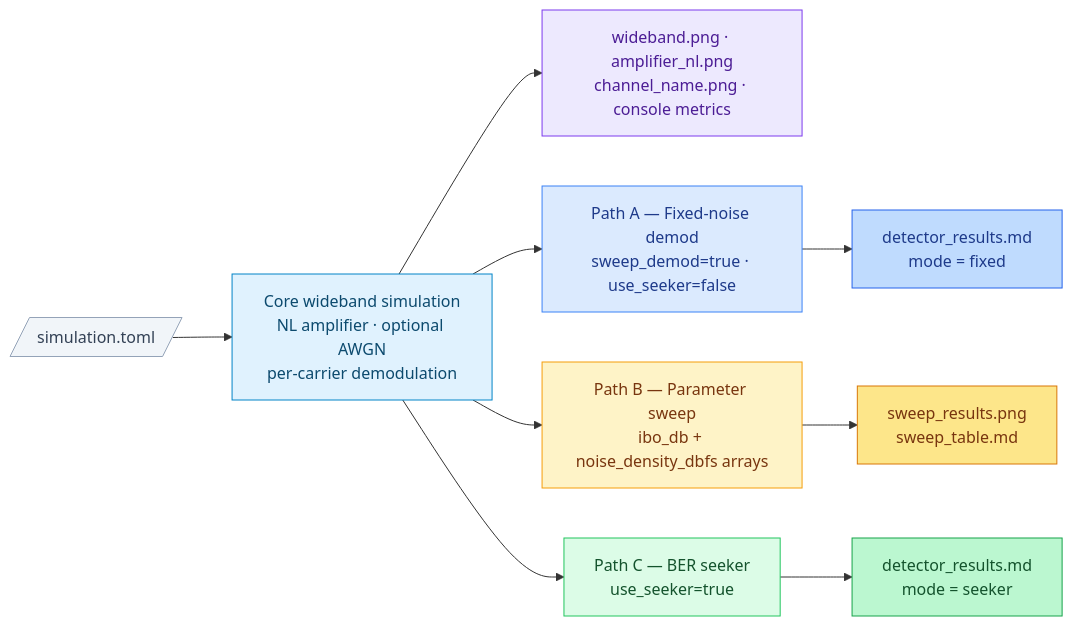
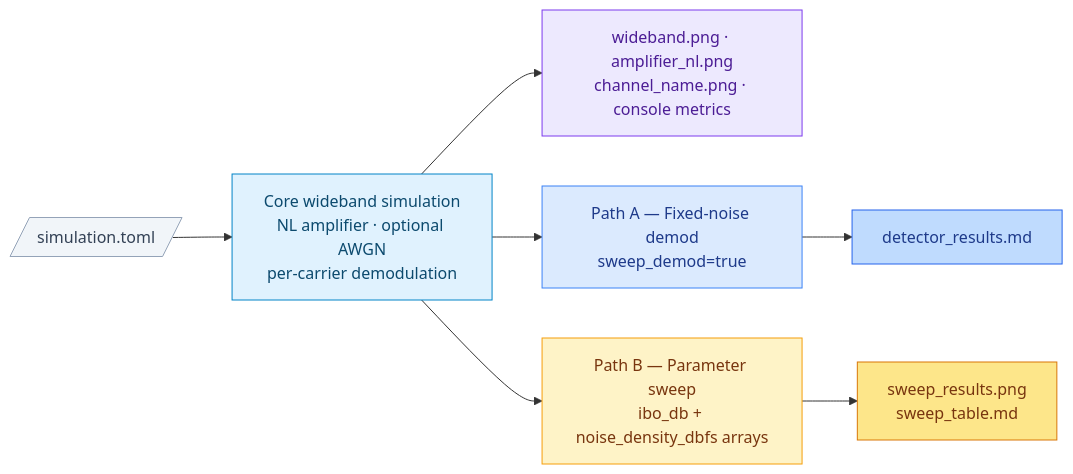
The diagram in docs/simulation_overview.md (bandospook/signal-processing-simulation), drawn with Mermaid before and after one commit. The commit also changed other lines of this file and 8 other files, not shown here.

First line of the commit message:
Remove BER seeker; add FEC coding GUI controls and config

````diff
--- a/docs/simulation_overview.md
+++ b/docs/simulation_overview.md
@@ -11,38 +11,31 @@
 ```mermaid
 flowchart LR
     CFG[/"simulation.toml"/]
     CORE["Core wideband simulation<br/>NL amplifier · optional AWGN<br/>per-carrier demodulation"]
     COUTS["wideband.png · amplifier_nl.png<br/>channel_name.png · console metrics"]
-    PA["Path A — Fixed-noise demod<br/>sweep_demod=true · use_seeker=false"]
+    PA["Path A — Fixed-noise demod<br/>sweep_demod=true"]
     PB["Path B — Parameter sweep<br/>ibo_db + noise_density_dbfs arrays"]
-    PC["Path C — BER seeker<br/>use_seeker=true"]
-    DA["detector_results.md<br/>mode = fixed"]
+    DA["detector_results.md"]
     DB["sweep_results.png<br/>sweep_table.md"]
-    DC["detector_results.md<br/>mode = seeker"]
 
     CFG --> CORE
     CORE --> COUTS
     CORE --> PA --> DA
     CORE --> PB --> DB
-    CORE --> PC --> DC
 
     classDef cfg  fill:#f1f5f9,stroke:#94a3b8,color:#334155
     classDef core fill:#e0f2fe,stroke:#0284c7,color:#0c4a6e
     classDef always fill:#ede9fe,stroke:#7c3aed,color:#4c1d95
     classDef pathA fill:#dbeafe,stroke:#3b82f6,color:#1e3a8a
     classDef pathB fill:#fef3c7,stroke:#f59e0b,color:#78350f
-    classDef pathC fill:#dcfce7,stroke:#22c55e,color:#14532d
     classDef outA  fill:#bfdbfe,stroke:#2563eb,color:#1e3a8a
     classDef outB  fill:#fde68a,stroke:#d97706,color:#78350f
-    classDef outC  fill:#bbf7d0,stroke:#16a34a,color:#14532d
 
     class CFG cfg
     class CORE core
     class COUTS always
     class PA pathA
     class PB pathB
-    class PC pathC
     class DA outA
     class DB outB
-    class DC outC
 ```
````
